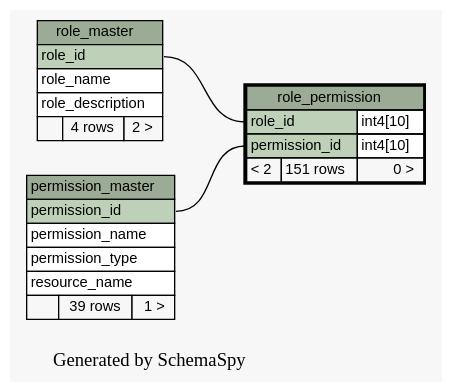
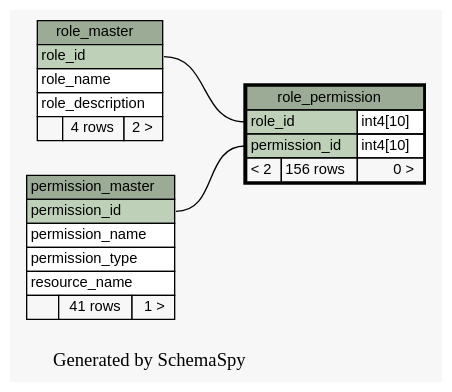
The diagram in docs/database/schemaspy/graphs/role_permission.1degree.dot (engineerscraft/hrms), drawn with Graphviz before and after one commit. The commit also changed 144 other files, not shown here.

```diff
--- a/docs/database/schemaspy/graphs/role_permission.1degree.dot
+++ b/docs/database/schemaspy/graphs/role_permission.1degree.dot
@@ -1,55 +1,55 @@
 // dot 2.38.0 on Windows 8.1 6.3
 digraph "oneDegreeRelationshipsGraph" {
   graph [
     rankdir="RL"
     bgcolor="#f7f7f7"
     label="\nGenerated by SchemaSpy"
     labeljust="l"
   ];
   node [
     fontname="Helvetica"
     fontsize="11"
     shape="plaintext"
   ];
   edge [
     arrowsize="0.8"
   ];
   "role_permission":"permission_id":w -> "permission_master":"permission_id":e [arrowtail=crowtee arrowhead=none];
   "role_permission":"role_id":w -> "role_master":"role_id":e [arrowtail=crowtee arrowhead=none];
   "permission_master" [
     label=<
     <TABLE BORDER="0" CELLBORDER="1" CELLSPACING="0" BGCOLOR="#ffffff">
       <TR><TD PORT="permission_master.heading" COLSPAN="3" BGCOLOR="#9bab96" ALIGN="CENTER">permission_master</TD></TR>
       <TR><TD PORT="permission_id" COLSPAN="3" BGCOLOR="#bed1b8" ALIGN="LEFT">permission_id</TD></TR>
       <TR><TD PORT="permission_name" COLSPAN="3" ALIGN="LEFT">permission_name</TD></TR>
       <TR><TD PORT="permission_type" COLSPAN="3" ALIGN="LEFT">permission_type</TD></TR>
       <TR><TD PORT="resource_name" COLSPAN="3" ALIGN="LEFT">resource_name</TD></TR>
-      <TR><TD ALIGN="LEFT" BGCOLOR="#f7f7f7">  </TD><TD ALIGN="RIGHT" BGCOLOR="#f7f7f7">39 rows</TD><TD ALIGN="RIGHT" BGCOLOR="#f7f7f7">1 &gt;</TD></TR>
+      <TR><TD ALIGN="LEFT" BGCOLOR="#f7f7f7">  </TD><TD ALIGN="RIGHT" BGCOLOR="#f7f7f7">41 rows</TD><TD ALIGN="RIGHT" BGCOLOR="#f7f7f7">1 &gt;</TD></TR>
     </TABLE>>
     URL="permission_master.html#graph"
     tooltip="permission_master"
   ];
   "role_master" [
     label=<
     <TABLE BORDER="0" CELLBORDER="1" CELLSPACING="0" BGCOLOR="#ffffff">
       <TR><TD PORT="role_master.heading" COLSPAN="3" BGCOLOR="#9bab96" ALIGN="CENTER">role_master</TD></TR>
       <TR><TD PORT="role_id" COLSPAN="3" BGCOLOR="#bed1b8" ALIGN="LEFT">role_id</TD></TR>
       <TR><TD PORT="role_name" COLSPAN="3" ALIGN="LEFT">role_name</TD></TR>
       <TR><TD PORT="role_description" COLSPAN="3" ALIGN="LEFT">role_description</TD></TR>
       <TR><TD ALIGN="LEFT" BGCOLOR="#f7f7f7">  </TD><TD ALIGN="RIGHT" BGCOLOR="#f7f7f7">4 rows</TD><TD ALIGN="RIGHT" BGCOLOR="#f7f7f7">2 &gt;</TD></TR>
     </TABLE>>
     URL="role_master.html#graph"
     tooltip="role_master"
   ];
   "role_permission" [
     label=<
     <TABLE BORDER="2" CELLBORDER="1" CELLSPACING="0" BGCOLOR="#ffffff">
       <TR><TD PORT="role_permission.heading" COLSPAN="3" BGCOLOR="#9bab96" ALIGN="CENTER">role_permission</TD></TR>
       <TR><TD PORT="role_id" COLSPAN="2" BGCOLOR="#bed1b8" ALIGN="LEFT">role_id</TD><TD PORT="role_id.type" ALIGN="LEFT">int4[10]</TD></TR>
       <TR><TD PORT="permission_id" COLSPAN="2" BGCOLOR="#bed1b8" ALIGN="LEFT">permission_id</TD><TD PORT="permission_id.type" ALIGN="LEFT">int4[10]</TD></TR>
-      <TR><TD ALIGN="LEFT" BGCOLOR="#f7f7f7">&lt; 2</TD><TD ALIGN="RIGHT" BGCOLOR="#f7f7f7">151 rows</TD><TD ALIGN="RIGHT" BGCOLOR="#f7f7f7">0 &gt;</TD></TR>
+      <TR><TD ALIGN="LEFT" BGCOLOR="#f7f7f7">&lt; 2</TD><TD ALIGN="RIGHT" BGCOLOR="#f7f7f7">156 rows</TD><TD ALIGN="RIGHT" BGCOLOR="#f7f7f7">0 &gt;</TD></TR>
     </TABLE>>
     URL="role_permission.html#"
     tooltip="role_permission"
   ];
 }
```
